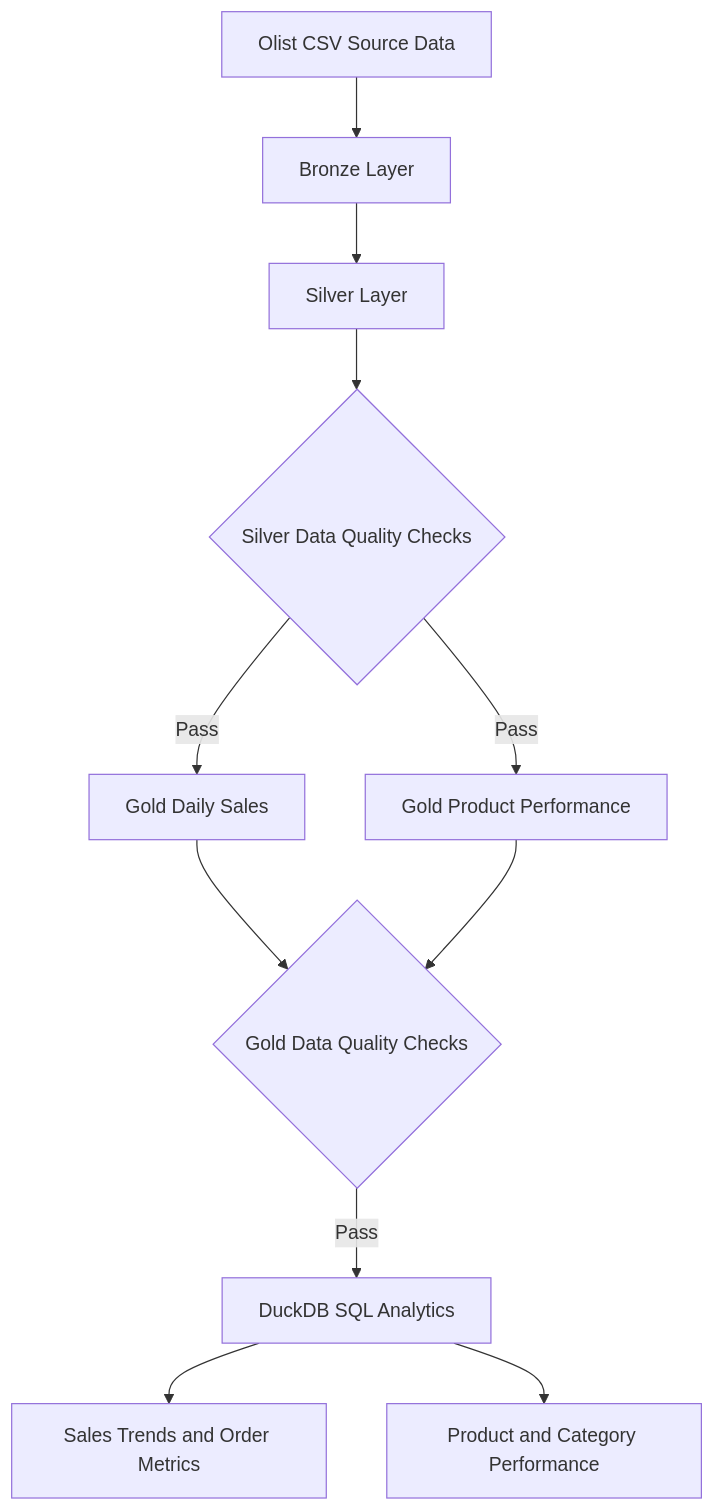
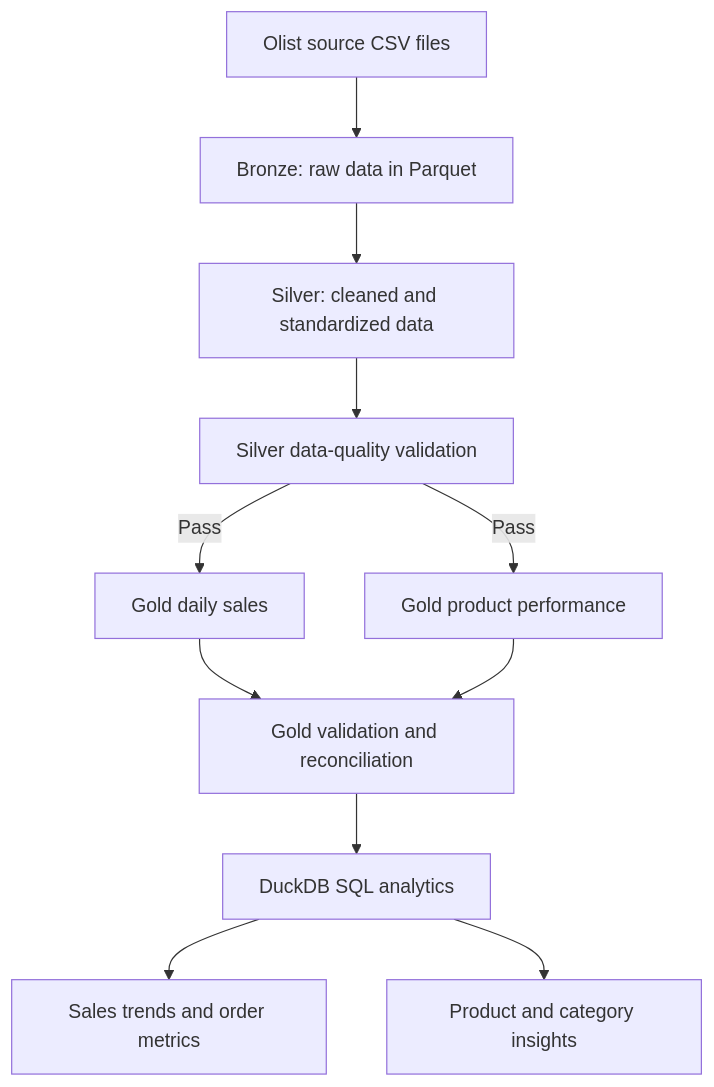
One commit to 9929-90/E-commerce-Analytics-Pipeline changed the diagram in README.md. Above: the diagram before and after it, drawn with Mermaid. The commit also changed other lines of this file, not shown here.

````diff
--- a/README.md
+++ b/README.md
@@ -18,13 +37,13 @@
 ```mermaid
 flowchart TD
-    A["Olist CSV Source Data"] --> B["Bronze Layer"]
-    B --> C["Silver Layer"]
-    C --> D{"Silver Data Quality Checks"}
-    D -->|Pass| E["Gold Daily Sales"]
-    D -->|Pass| F["Gold Product Performance"]
-    E --> G{"Gold Data Quality Checks"}
+    A["Olist source CSV files"] --> B["Bronze: raw data in Parquet"]
+    B --> C["Silver: cleaned and standardized data"]
+    C --> D["Silver data-quality validation"]
+    D -->|Pass| E["Gold daily sales"]
+    D -->|Pass| F["Gold product performance"]
+    E --> G["Gold validation and reconciliation"]
     F --> G
-    G -->|Pass| H["DuckDB SQL Analytics"]
-    H --> I["Sales Trends and Order Metrics"]
-    H --> J["Product and Category Performance"]
+    G --> H["DuckDB SQL analytics"]
+    H --> I["Sales trends and order metrics"]
+    H --> J["Product and category insights"]
 ```
````
